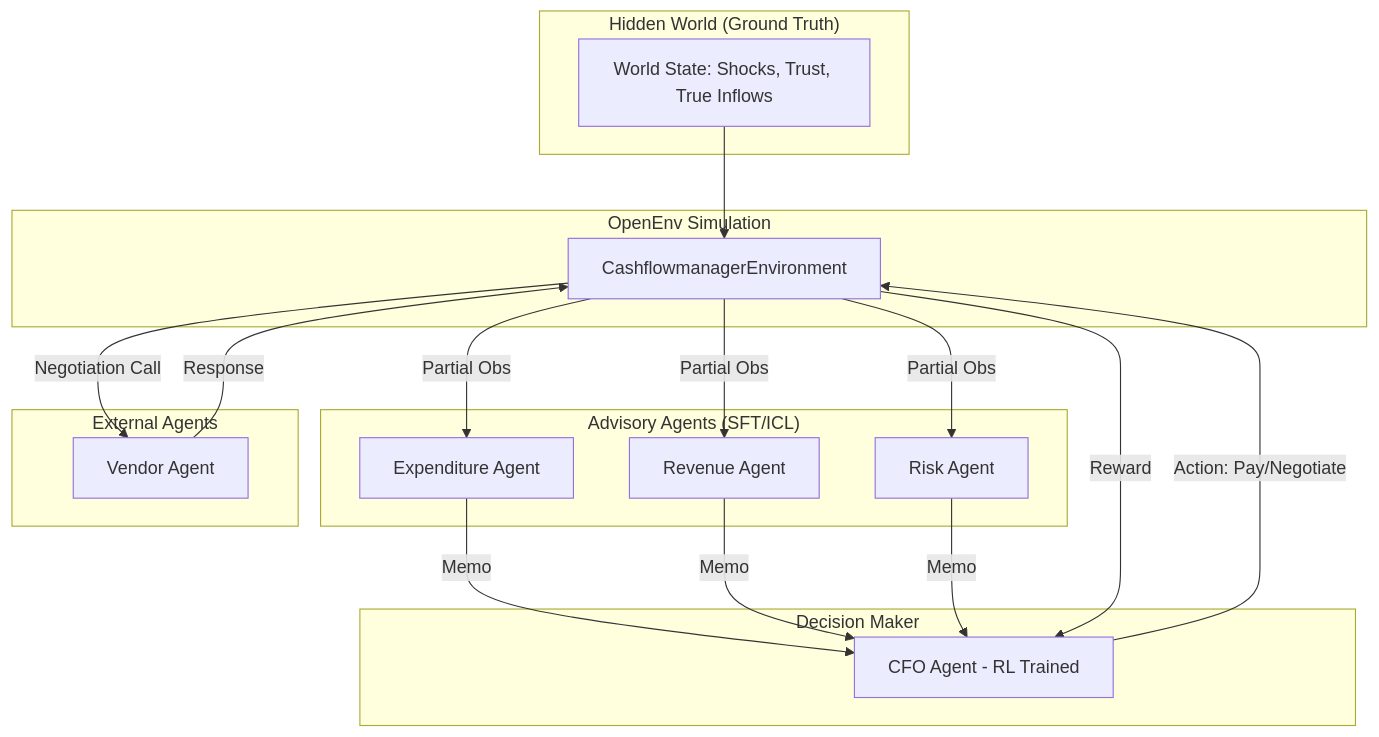
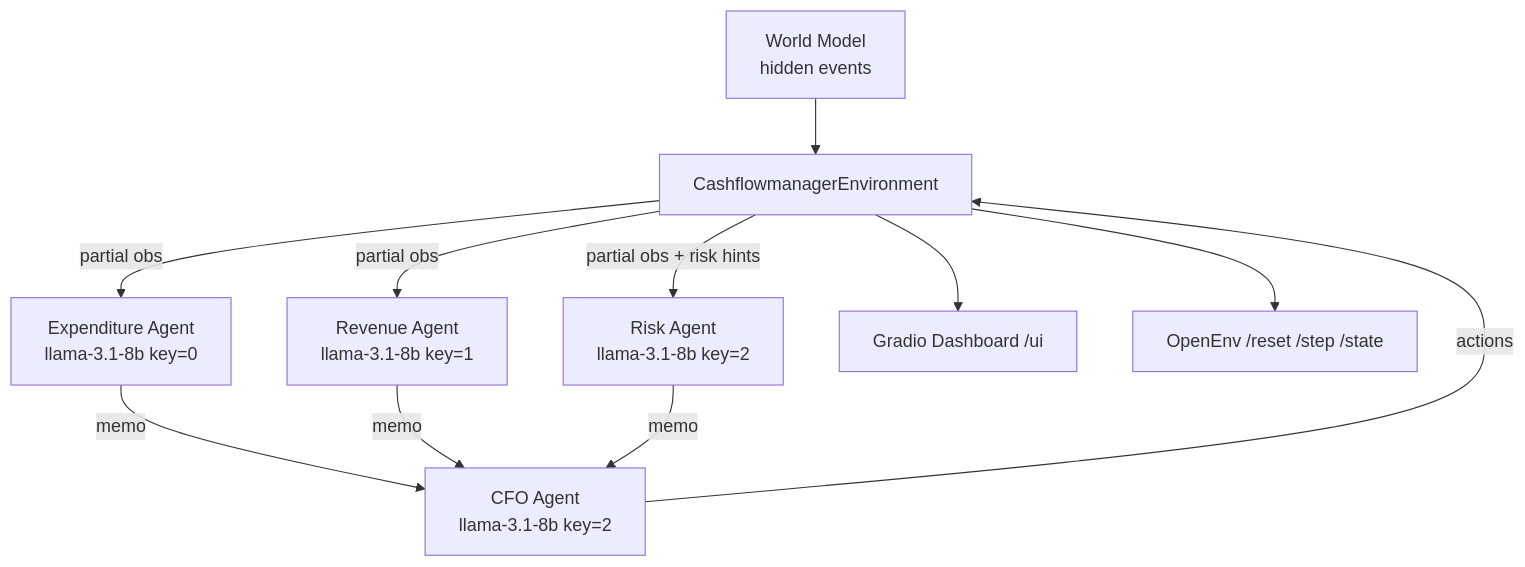
The diagram in README.md (Avi-17/Multi-Agent-RL-based-Cashflow-Manager), drawn with Mermaid before and after one commit. The commit also changed other lines of this file and 1 other file, not shown here.

````diff
--- a/README.md
+++ b/README.md
@@ -27,36 +141,22 @@
 ```mermaid
 graph TD
-    subgraph "Hidden World (Ground Truth)"
-        HW[World State: Shocks, Trust, True Inflows]
-    end
+    WM[World Model<br/>hidden events]
+    ENV[CashflowmanagerEnvironment]
+    EXP[Expenditure Agent<br/>llama-3.1-8b key=0]
+    REV[Revenue Agent<br/>llama-3.1-8b key=1]
+    RSK[Risk Agent<br/>llama-3.1-8b key=2]
+    CFO[CFO Agent<br/>llama-3.1-8b key=2]
+    GRADIO[Gradio Dashboard /ui]
+    HTTP[OpenEnv /reset /step /state]
 
-    subgraph "OpenEnv Simulation"
-        ENV[CashflowmanagerEnvironment]
-    end
-
-    subgraph "Advisory Agents (SFT/ICL)"
-        EXP[Expenditure Agent]
-        REV[Revenue Agent]
-        RSK[Risk Agent]
-    end
-
-    subgraph "External Agents"
-        VND[Vendor Agent]
-    end
-
-    subgraph "Decision Maker"
-        CFO[CFO Agent - RL Trained]
-    end
-
-    HW --> ENV
-    ENV -->|Partial Obs| EXP
-    ENV -->|Partial Obs| REV
-    ENV -->|Partial Obs| RSK
-    EXP -->|Memo| CFO
-    REV -->|Memo| CFO
-    RSK -->|Memo| CFO
-    CFO -->|Action: Pay/Negotiate| ENV
-    ENV -->|Negotiation Call| VND
-    VND -->|Response| ENV
-    ENV -->|Reward| CFO
+    WM --> ENV
+    ENV -->|partial obs| EXP
+    ENV -->|partial obs| REV
+    ENV -->|partial obs + risk hints| RSK
+    EXP -->|memo| CFO
+    REV -->|memo| CFO
+    RSK -->|memo| CFO
+    CFO -->|actions| ENV
+    ENV --> GRADIO
+    ENV --> HTTP
 ```
````
